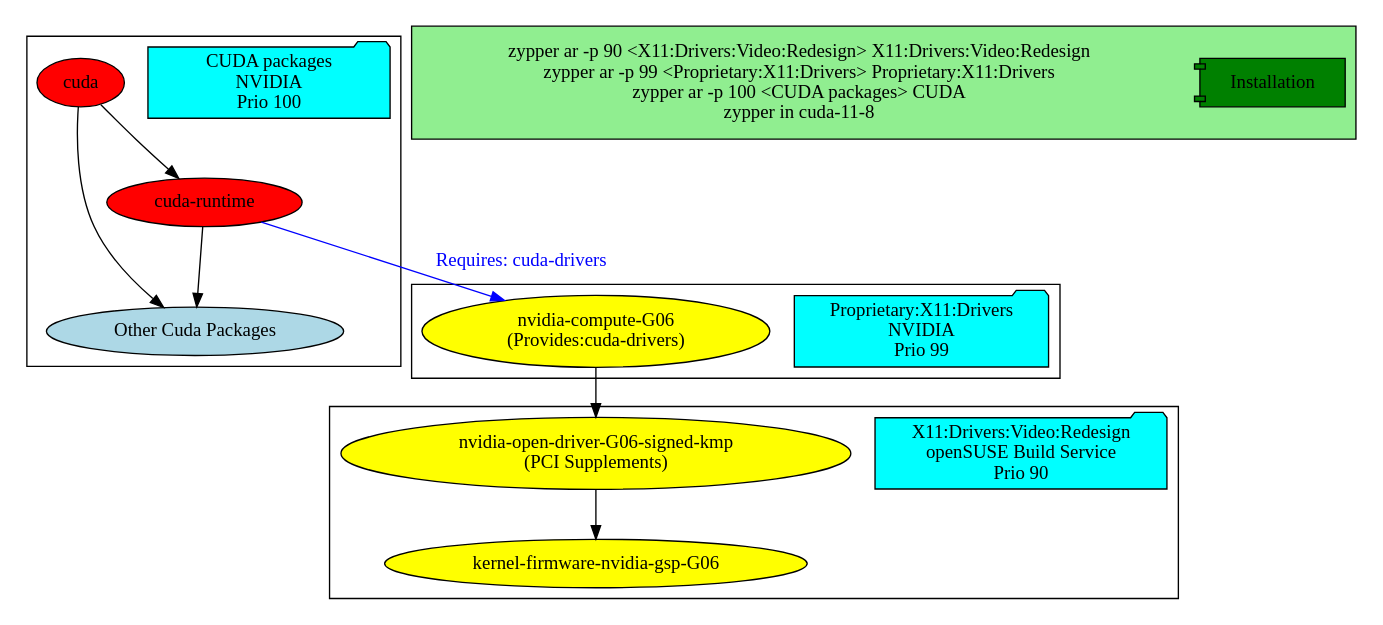
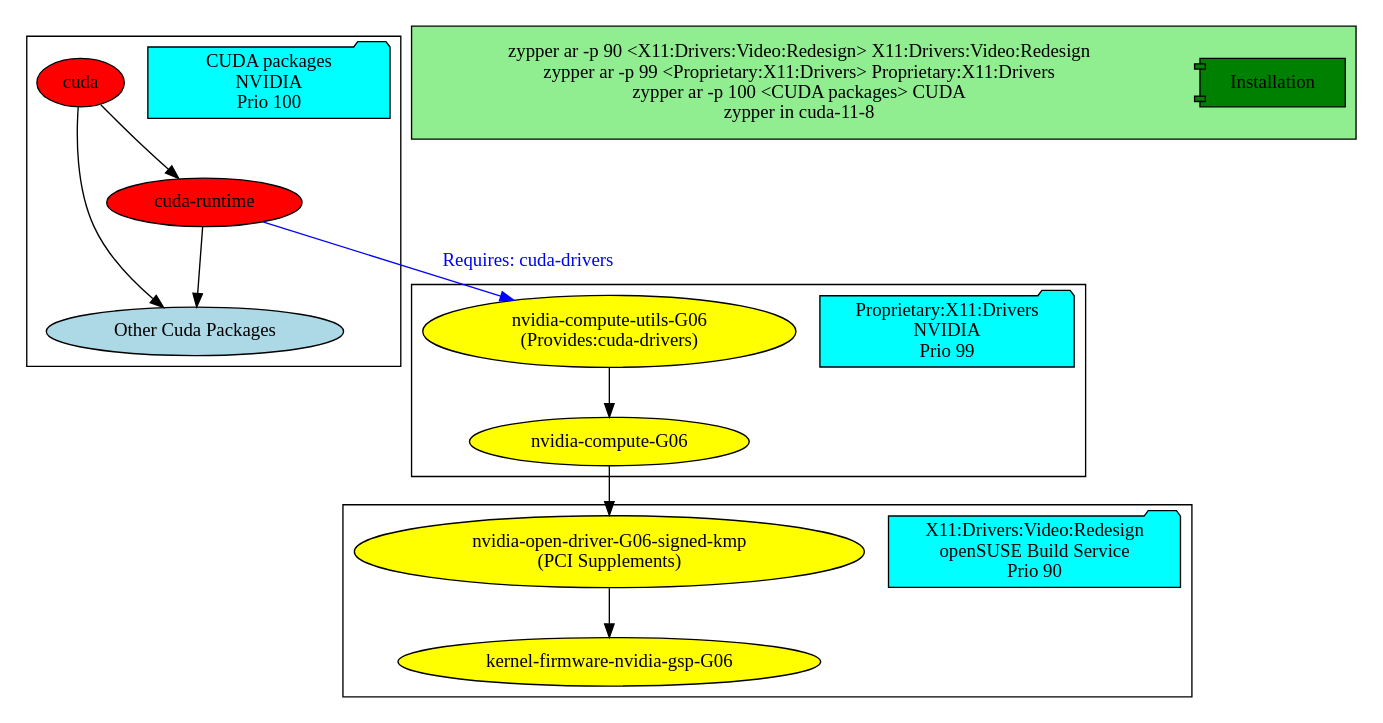
One commit to sndirsch/sndirsch.github.io changed the diagram in assets/src/2022-06-07-nvidia-opengpu/repos.dot. Above: the diagram before and after it, drawn with Graphviz. The commit also changed 8 other files, not shown here.

First line of the commit message:
cuda-drivers now provided by nvidia-compute-utils-G06

```diff
--- a/assets/src/2022-06-07-nvidia-opengpu/repos.dot
+++ b/assets/src/2022-06-07-nvidia-opengpu/repos.dot
@@ -1,28 +1,30 @@
 digraph {
 	subgraph cluster_0 {
 		repo_nvidia_cuda[fillcolor=aqua,style=filled,width=2.5,shape=folder,label="CUDA packages\nNVIDIA\n Prio 100"]
 		cuda [fillcolor=red,style=filled] 
 		cuda_runtime [fillcolor=red,style=filled,label="cuda-runtime"]
 		cuda_other_packages[fillcolor=lightblue,style=filled,label="Other Cuda Packages"]
 	}
 	subgraph cluster_1 {
 		repo_nvidia_gfx[fillcolor=aqua,style=filled,width=2.5,shape=folder,label="Proprietary:X11:Drivers\nNVIDIA\n Prio 99"]
-		nvidia_compute_G06[fillcolor=yellow,style=filled,label="nvidia-compute-G06\n(Provides:cuda-drivers)"]
+		nvidia_compute_utils_G06[fillcolor=yellow,style=filled,label="nvidia-compute-utils-G06\n(Provides:cuda-drivers)"]
+		nvidia_compute_G06[fillcolor=yellow,style=filled,label="nvidia-compute-G06"]
 	}
 	subgraph cluster_2 {
 		repo_obs[fillcolor=aqua,style=filled,width=2.5,shape=folder,label="X11:Drivers:Video:Redesign\n openSUSE Build Service\n Prio 90"]
 		nvidia_open_driver_G06_signed_kmp[fillcolor=yellow,style=filled,label="nvidia-open-driver-G06-signed-kmp\n(PCI Supplements)"]
 		kernel_firmware_nvidia_gsp_G06[fillcolor=yellow,style=filled,label="kernel-firmware-nvidia-gsp-G06"]
 	}
 	subgraph cluster_3 {
 		bgcolor="lightgreen"
 		repo_install[fillcolor=green,style=filled,width=1.5,shape=component,label="Installation"]
 		command1[shape=none,width=7,label="zypper ar -p 90 <X11:Drivers:Video:Redesign> X11:Drivers:Video:Redesign\nzypper ar -p 99 <Proprietary:X11:Drivers> Proprietary:X11:Drivers\nzypper ar -p 100 <CUDA packages> CUDA\nzypper in cuda-11-8"]
 	}
 	cuda -> cuda_runtime
 	cuda -> cuda_other_packages
-	cuda_runtime -> nvidia_compute_G06 [color="blue",fontcolor="blue",label="Requires: cuda-drivers"]
+	cuda_runtime -> nvidia_compute_utils_G06 [color="blue",fontcolor="blue",label="Requires: cuda-drivers"]
+	nvidia_compute_utils_G06 -> nvidia_compute_G06
 	cuda_runtime -> cuda_other_packages
         nvidia_compute_G06 -> nvidia_open_driver_G06_signed_kmp
 	nvidia_open_driver_G06_signed_kmp -> kernel_firmware_nvidia_gsp_G06
 }
```
